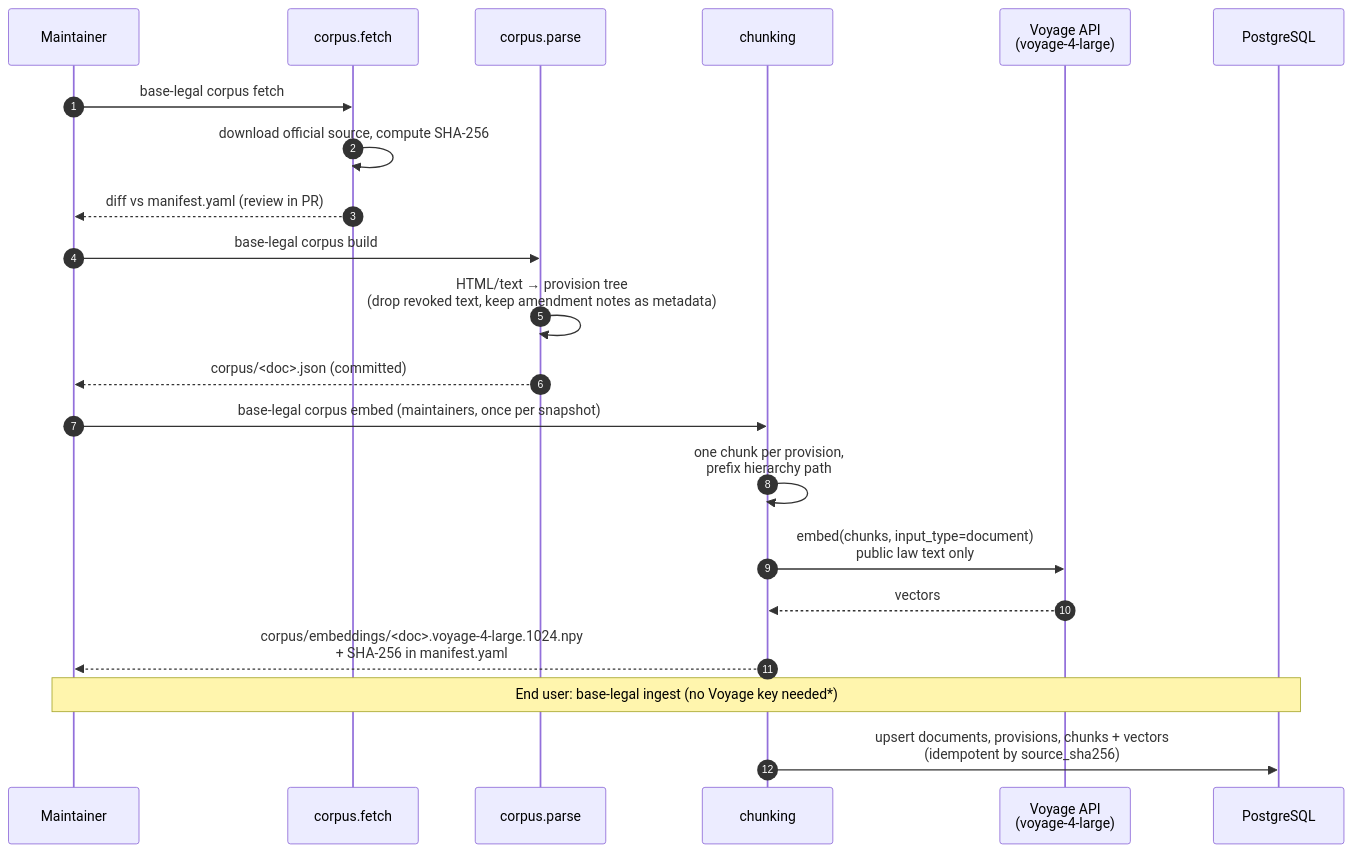
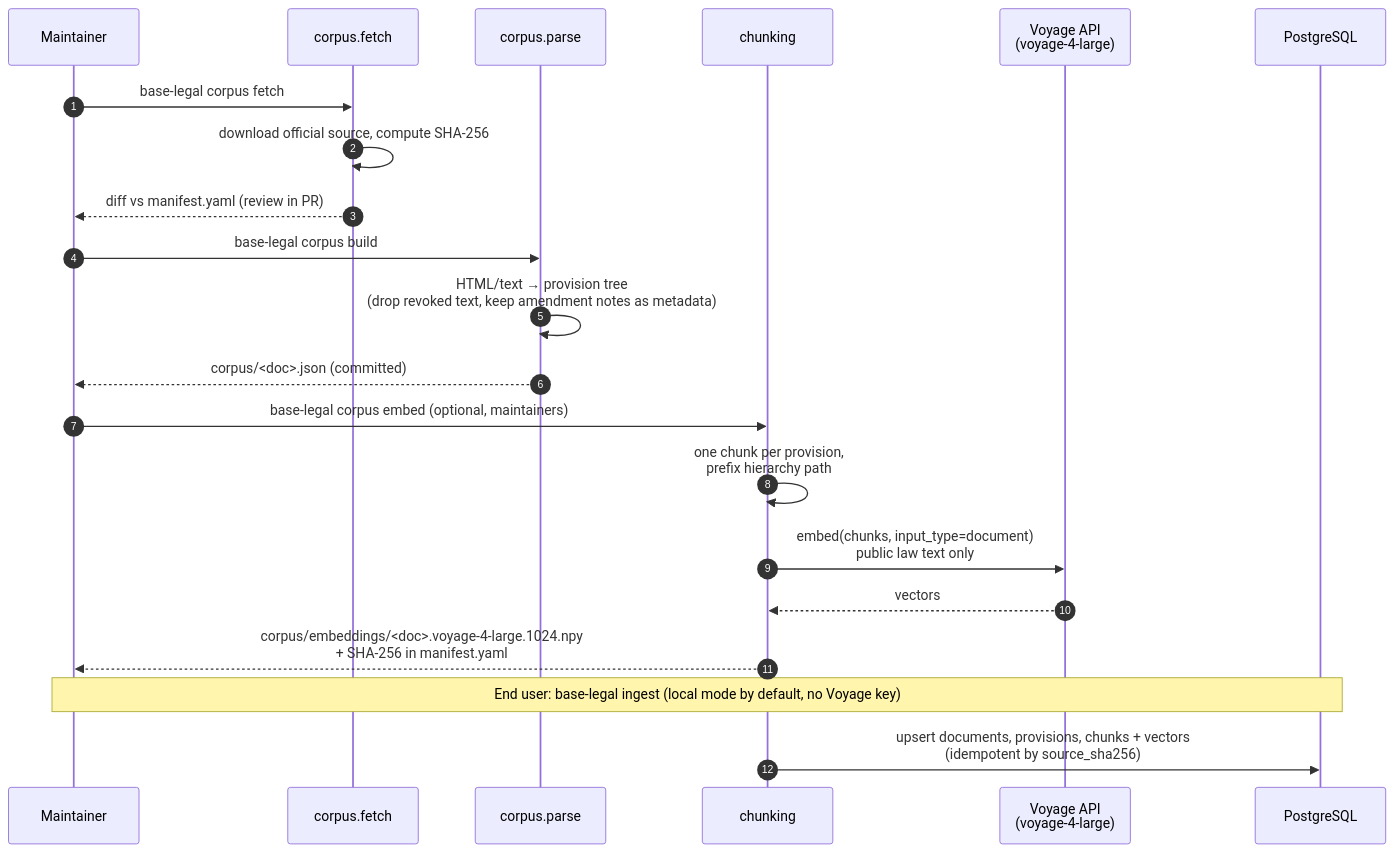
The second of 4 diagrams in docs/ARCHITECTURE.md (lucianocf/base-legal), drawn with Mermaid before and after one commit. The commit also changed other lines of this file and 11 other files, not shown here.

First line of the commit message:
feat: embed documents locally by default (ADR 0013)

````diff
--- a/docs/ARCHITECTURE.md
+++ b/docs/ARCHITECTURE.md
@@ -68,24 +70,24 @@
 ```mermaid
 sequenceDiagram
     autonumber
     participant Dev as Maintainer
     participant F as corpus.fetch
     participant P as corpus.parse
     participant C as chunking
     participant V as Voyage API<br/>(voyage-4-large)
     participant DB as PostgreSQL
 
     Dev->>F: base-legal corpus fetch
     F->>F: download official source, compute SHA-256
     F-->>Dev: diff vs manifest.yaml (review in PR)
     Dev->>P: base-legal corpus build
     P->>P: HTML/text → provision tree<br/>(drop revoked text, keep amendment notes as metadata)
     P-->>Dev: corpus/<doc>.json (committed)
-    Dev->>C: base-legal corpus embed (maintainers, once per snapshot)
+    Dev->>C: base-legal corpus embed (optional, maintainers)
     C->>C: one chunk per provision,<br/>prefix hierarchy path
     C->>V: embed(chunks, input_type=document)<br/>public law text only
     V-->>C: vectors
     C-->>Dev: corpus/embeddings/<doc>.voyage-4-large.1024.npy<br/>+ SHA-256 in manifest.yaml
-    Note over Dev,DB: End user: base-legal ingest (no Voyage key needed*)
+    Note over Dev,DB: End user: base-legal ingest (local mode by default, no Voyage key)
     C->>DB: upsert documents, provisions, chunks + vectors<br/>(idempotent by source_sha256)
 ```
````
